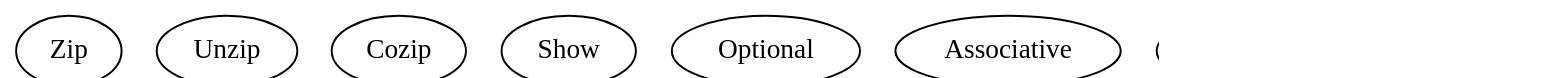
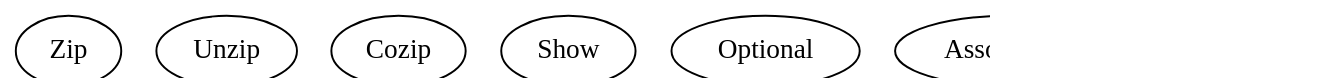
The fourth of 13 diagrams in manuscript/book.org (fommil/fpmortals), drawn with Graphviz before and after one commit. The commit also changed other lines of this file and 3 other files, not shown here.

```diff
--- a/manuscript/book.org
+++ b/manuscript/book.org
@@ -3121,15 +3121,14 @@
 #+BEGIN_SRC dot :file images/scalaz-core-loners.png :exports results
 digraph G {
     graph [dpi=100, rankdir=BT];
     node [fontname=Hack];
 
     Zip;
     Unzip;
     Cozip;
     Show;
     Optional;
     Associative;
-    Resource;
     Catchable;
 }
 #+END_SRC
```
